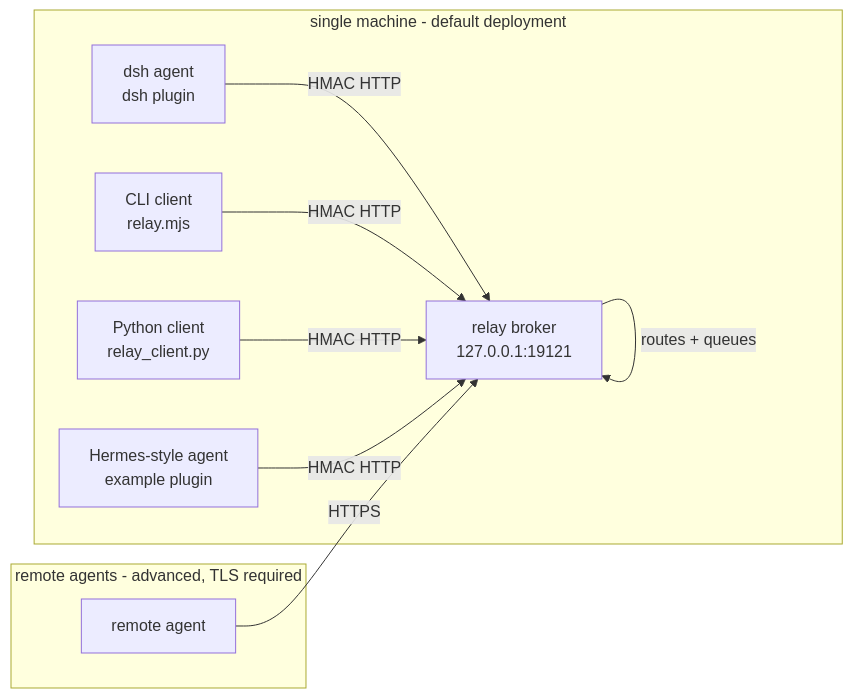
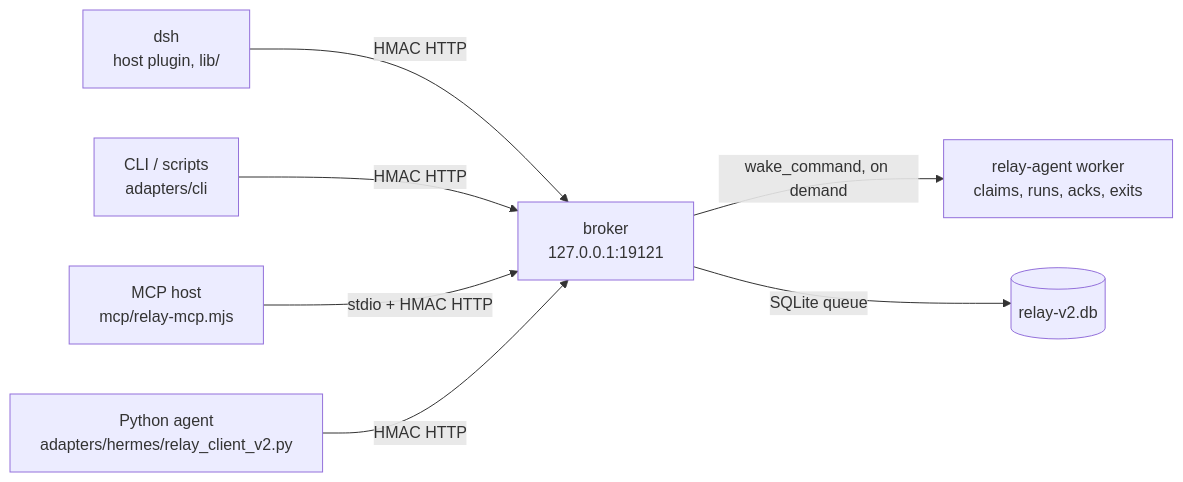
The diagram in docs/ARCHITECTURE.md (Noelune/dsh-agent-relay), drawn with Mermaid before and after one commit. The commit also changed other lines of this file and 27 other files, not shown here.

````diff
--- a/docs/ARCHITECTURE.md
+++ b/docs/ARCHITECTURE.md
@@ -11,14 +11,9 @@
 ```mermaid
 flowchart LR
-    subgraph Machine A [single machine - default deployment]
-        A1[dsh agent<br/>dsh plugin] -->|HMAC HTTP| B[relay broker<br/>127.0.0.1:19121]
-        A2[CLI client<br/>relay.mjs] -->|HMAC HTTP| B
-        A3[Python client<br/>relay_client.py] -->|HMAC HTTP| B
-        A4[Hermes-style agent<br/>example plugin] -->|HMAC HTTP| B
-        B -->|routes + queues| B
-    end
-
-    subgraph Machine B [remote agents - advanced, TLS required]
-        A5[remote agent] -->|HTTPS| B
-    end
+    A1[dsh<br/>host plugin, lib/] -->|HMAC HTTP| B[broker<br/>127.0.0.1:19121]
+    A2[CLI / scripts<br/>adapters/cli] -->|HMAC HTTP| B
+    A3[MCP host<br/>mcp/relay-mcp.mjs] -->|stdio + HMAC HTTP| B
+    A4[Python agent<br/>adapters/hermes/relay_client_v2.py] -->|HMAC HTTP| B
+    B -->|wake_command, on demand| W[relay-agent worker<br/>claims, runs, acks, exits]
+    B -->|SQLite queue| S[(relay-v2.db)]
 ```
````
